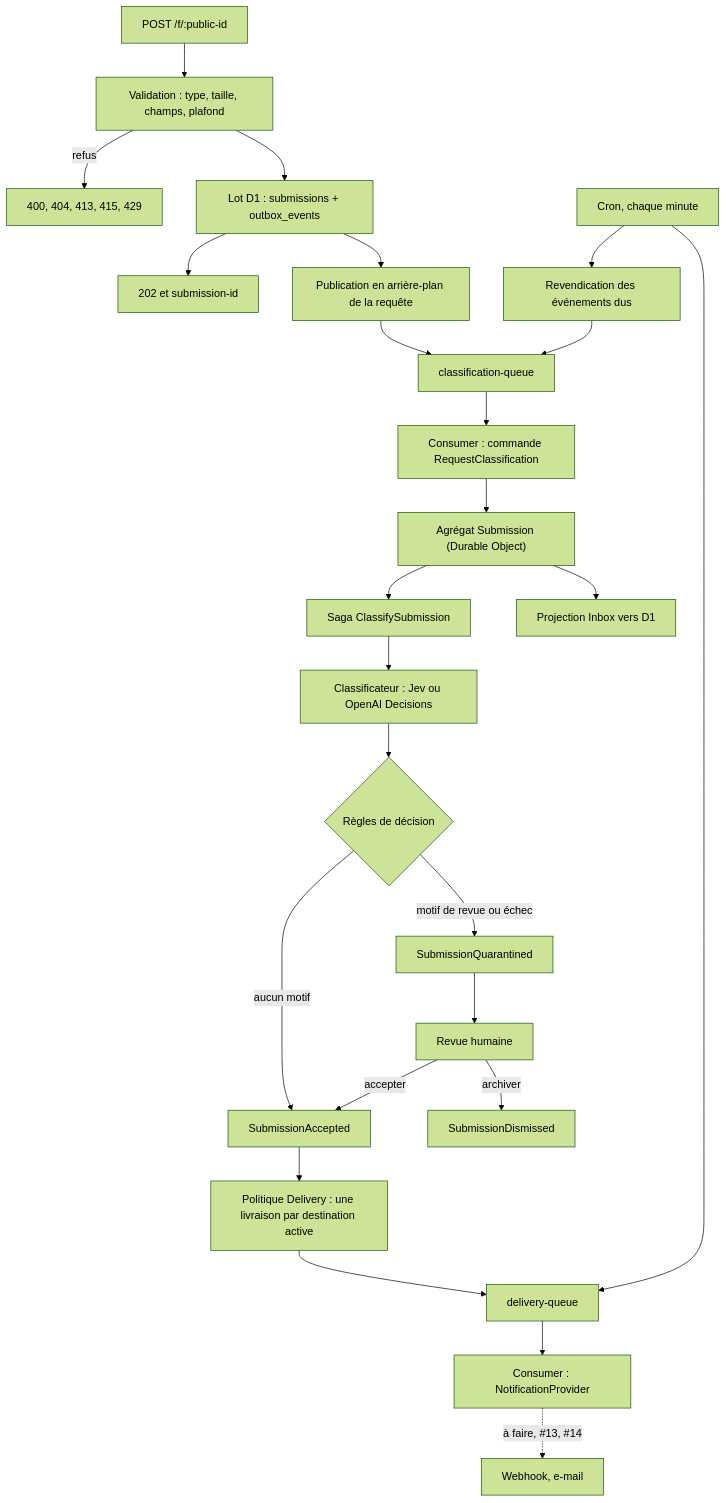
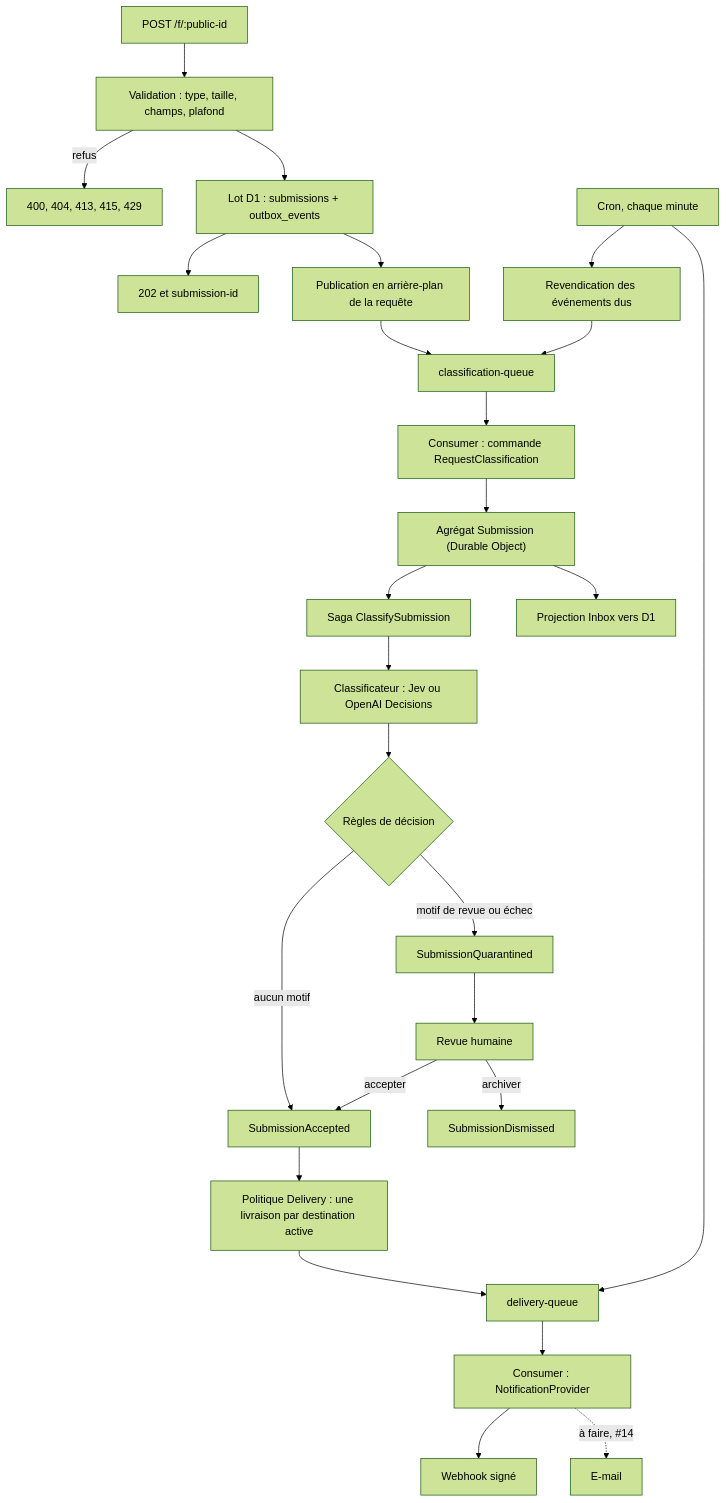
One commit to basaltbytes/rondyr changed the diagram in architecture.md. Above: the diagram before and after it, drawn with Mermaid (forest theme). The commit also changed other lines of this file and 5 other files, not shown here.

````diff
--- a/architecture.md
+++ b/architecture.md
@@ -68,27 +69,28 @@
 ```mermaid
 flowchart TD
   A["POST /f/:public-id"] --> B["Validation : type, taille, champs, plafond"]
   B -->|refus| C["400, 404, 413, 415, 429"]
   B --> D["Lot D1 : submissions + outbox_events"]
   D --> E["202 et submission-id"]
   D --> T["Publication en arrière-plan de la requête"]
   T --> H["classification-queue"]
   F["Cron, chaque minute"] --> G["Revendication des événements dus"]
   G --> H
   H --> I["Consumer : commande RequestClassification"]
   I --> J["Agrégat Submission (Durable Object)"]
   J --> K["Saga ClassifySubmission"]
   K --> L["Classificateur : Jev ou OpenAI Decisions"]
   L --> M{"Règles de décision"}
   M -->|aucun motif| N["SubmissionAccepted"]
   M -->|motif de revue ou échec| O["SubmissionQuarantined"]
   O --> P["Revue humaine"]
   P -->|accepter| N
   P -->|archiver| Q["SubmissionDismissed"]
   J --> R["Projection Inbox vers D1"]
   N --> S["Politique Delivery : une livraison par destination active"]
   S --> U["delivery-queue"]
   F --> U
   U --> V["Consumer : NotificationProvider"]
-  V -.->|à faire, #13, #14| W["Webhook, e-mail"]
+  V --> W["Webhook signé"]
+  V -.->|à faire, #14| X["E-mail"]
 ```
````
